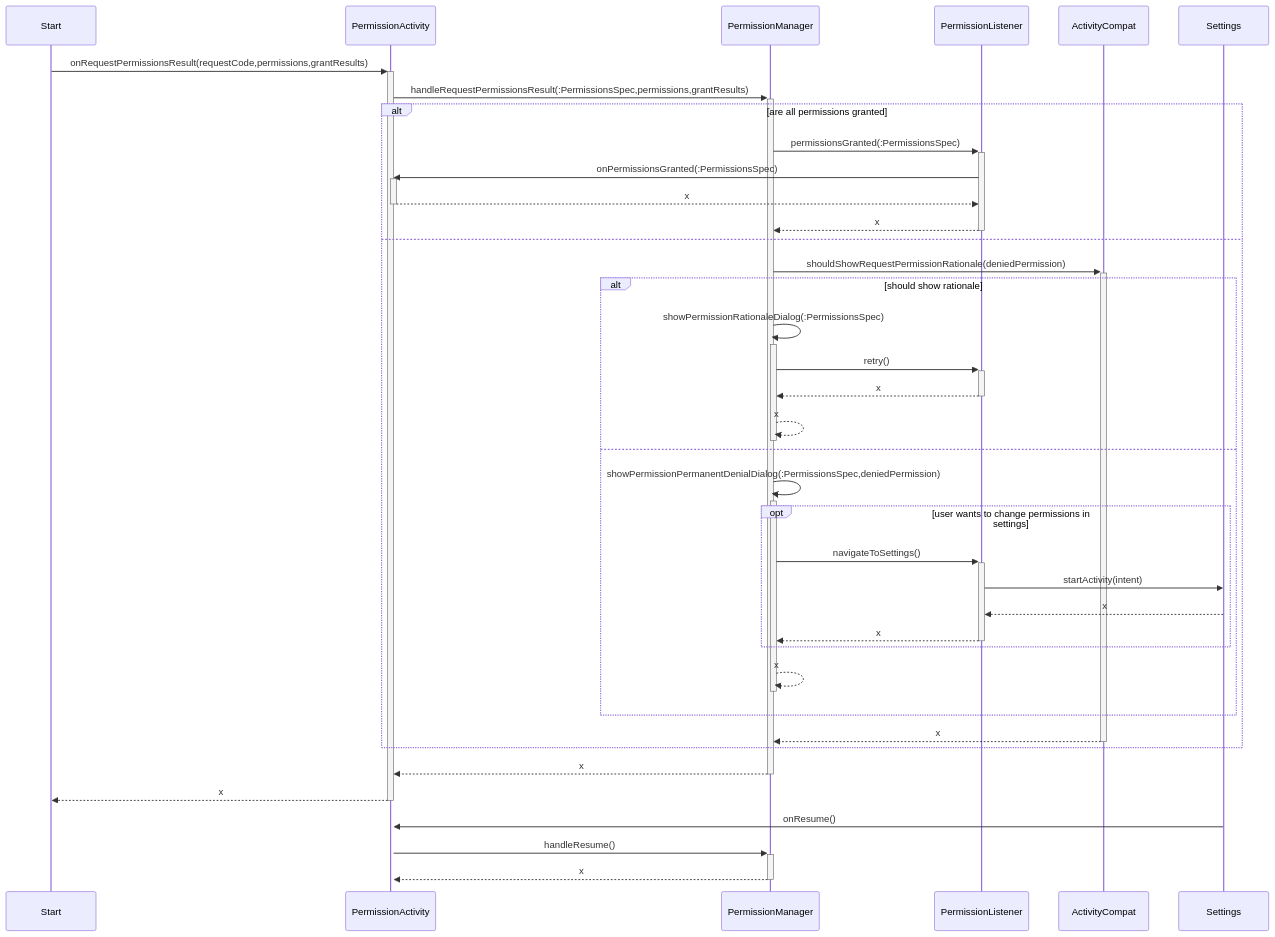
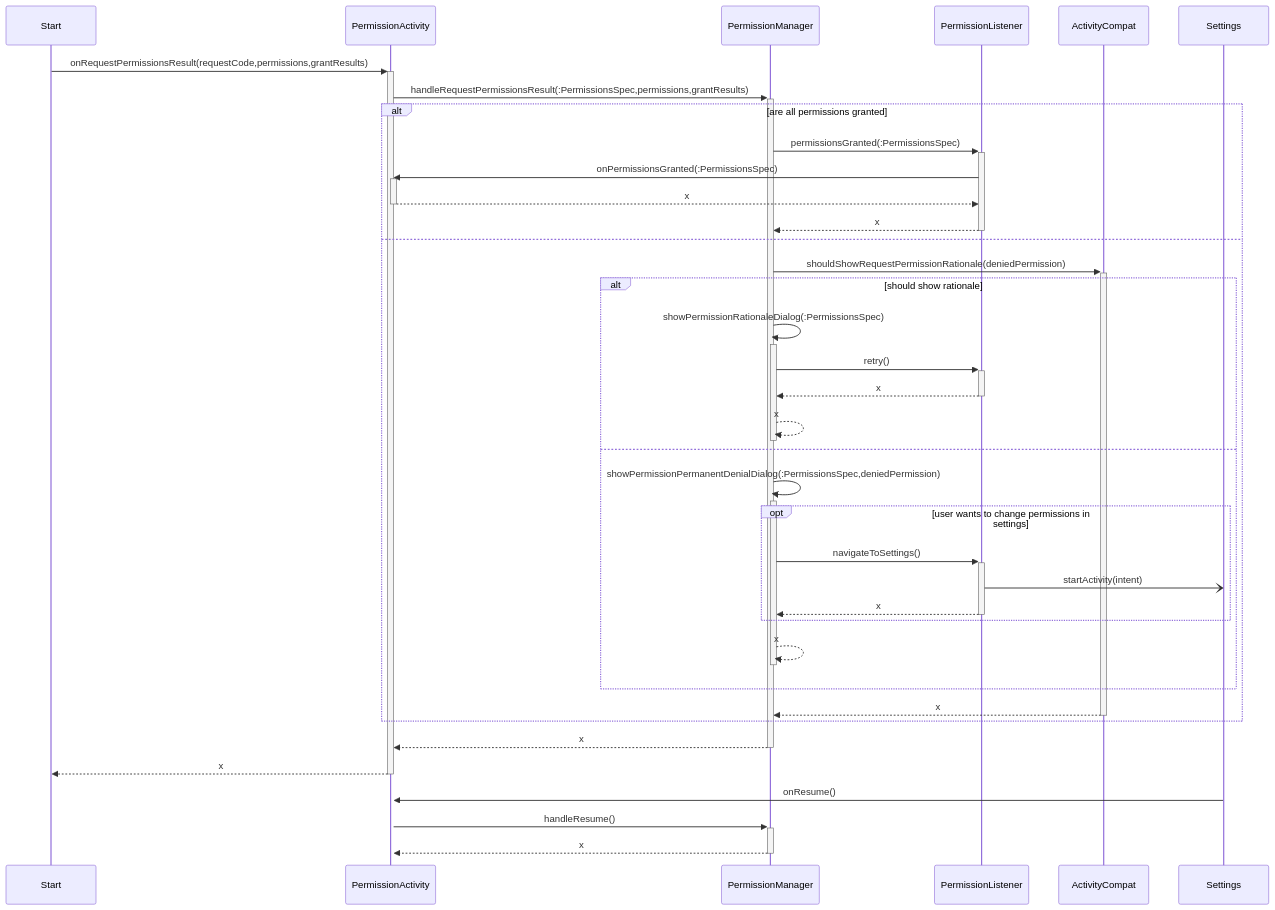
Before and after one commit to mjureczko/maly-poszukiwacz-skarbow: the diagram in development.mmd, drawn with Mermaid.

```diff
--- a/development.mmd
+++ b/development.mmd
@@ -1,32 +1,31 @@
 sequenceDiagram
     Start ->>+ PermissionActivity: onRequestPermissionsResult(requestCode,permissions,grantResults)
     PermissionActivity ->>+ PermissionManager: handleRequestPermissionsResult(:PermissionsSpec,permissions,grantResults)
     alt are all permissions granted
         PermissionManager ->>+ PermissionListener: permissionsGranted(:PermissionsSpec)
         PermissionListener ->>+ PermissionActivity: onPermissionsGranted(:PermissionsSpec)
         PermissionActivity -->>- PermissionListener: x
         PermissionListener -->>- PermissionManager: x
     else
         PermissionManager ->>+ ActivityCompat: shouldShowRequestPermissionRationale(deniedPermission)
         alt should show rationale
             PermissionManager ->>+ PermissionManager: showPermissionRationaleDialog(:PermissionsSpec)
             PermissionManager ->>+  PermissionListener: retry()
             PermissionListener -->>- PermissionManager: x
             PermissionManager -->>- PermissionManager: x
         else
             PermissionManager ->>+ PermissionManager: showPermissionPermanentDenialDialog(:PermissionsSpec,deniedPermission)
             opt user wants to change permissions in settings
                 PermissionManager ->>+ PermissionListener: navigateToSettings()
-                PermissionListener ->> Settings: startActivity(intent)
-                Settings -->> PermissionListener: x
+                PermissionListener -) Settings: startActivity(intent)
                 PermissionListener -->>- PermissionManager: x
             end
             PermissionManager -->>- PermissionManager: x
         end
         ActivityCompat -->>- PermissionManager: x
     end
     PermissionManager -->>- PermissionActivity: x
     PermissionActivity -->>- Start: x
     Settings ->>+ PermissionActivity: onResume()
     PermissionActivity ->>+ PermissionManager: handleResume()
     PermissionManager -->>- PermissionActivity: x
```
